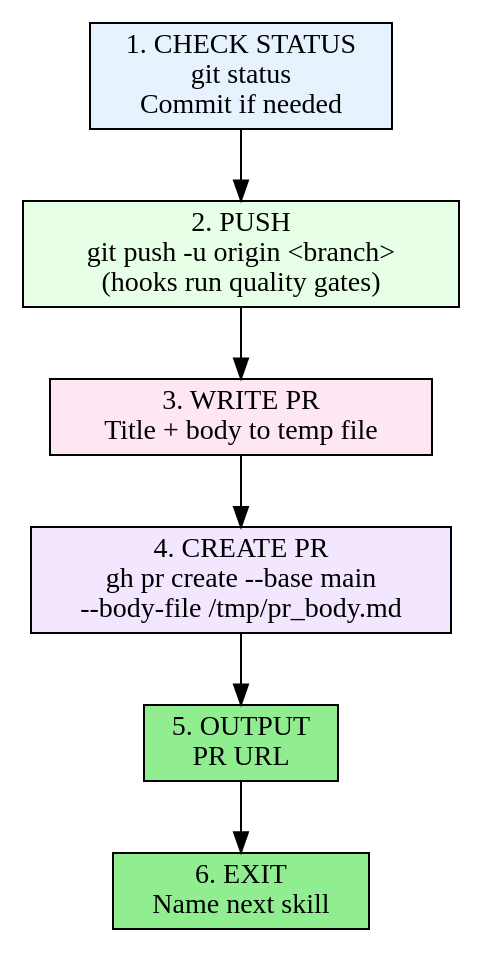
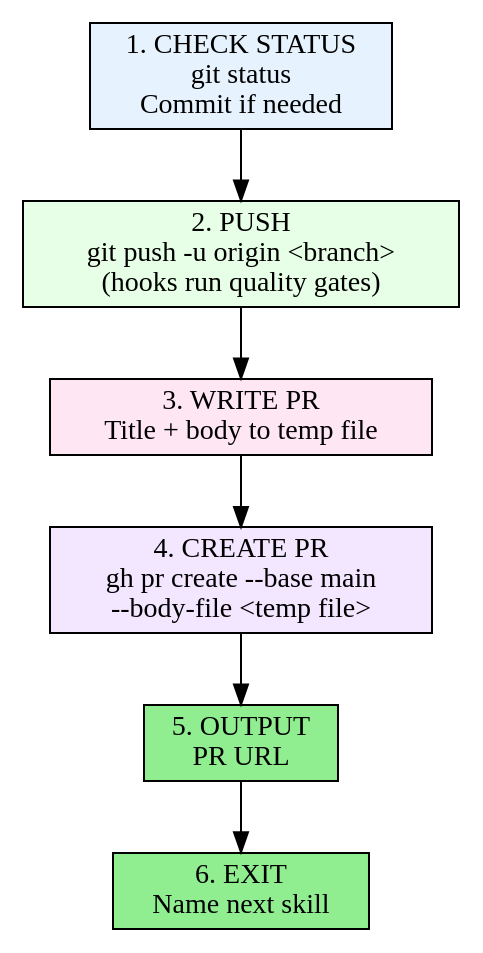
One commit to gcko/pendulum-of-despair changed the diagram in .claude/skills/create-pr/SKILL.md. Above: the diagram before and after it, drawn with Graphviz. The commit also changed other lines of this file and 7 other files, not shown here.

````diff
--- a/.claude/skills/create-pr/SKILL.md
+++ b/.claude/skills/create-pr/SKILL.md
@@ -43,19 +43,19 @@
 ```dot
 digraph create_pr {
     rankdir=TB;
     node [shape=box, style=filled, fillcolor=lightblue];
 
     status [label="1. CHECK STATUS\ngit status\nCommit if needed", fillcolor="#e6f3ff"];
     push [label="2. PUSH\ngit push -u origin <branch>\n(hooks run quality gates)", fillcolor="#e6ffe6"];
     write [label="3. WRITE PR\nTitle + body to temp file", fillcolor="#ffe6f3"];
-    create [label="4. CREATE PR\ngh pr create --base main\n--body-file /tmp/pr_body.md", fillcolor="#f3e6ff"];
+    create [label="4. CREATE PR\ngh pr create --base main\n--body-file <temp file>", fillcolor="#f3e6ff"];
     url [label="5. OUTPUT\nPR URL", fillcolor=lightgreen];
     handoff [label="6. EXIT\nName next skill", fillcolor=lightgreen];
 
     status -> push;
     push -> write;
     write -> create;
     create -> url;
     url -> handoff;
 }
 ```
````
